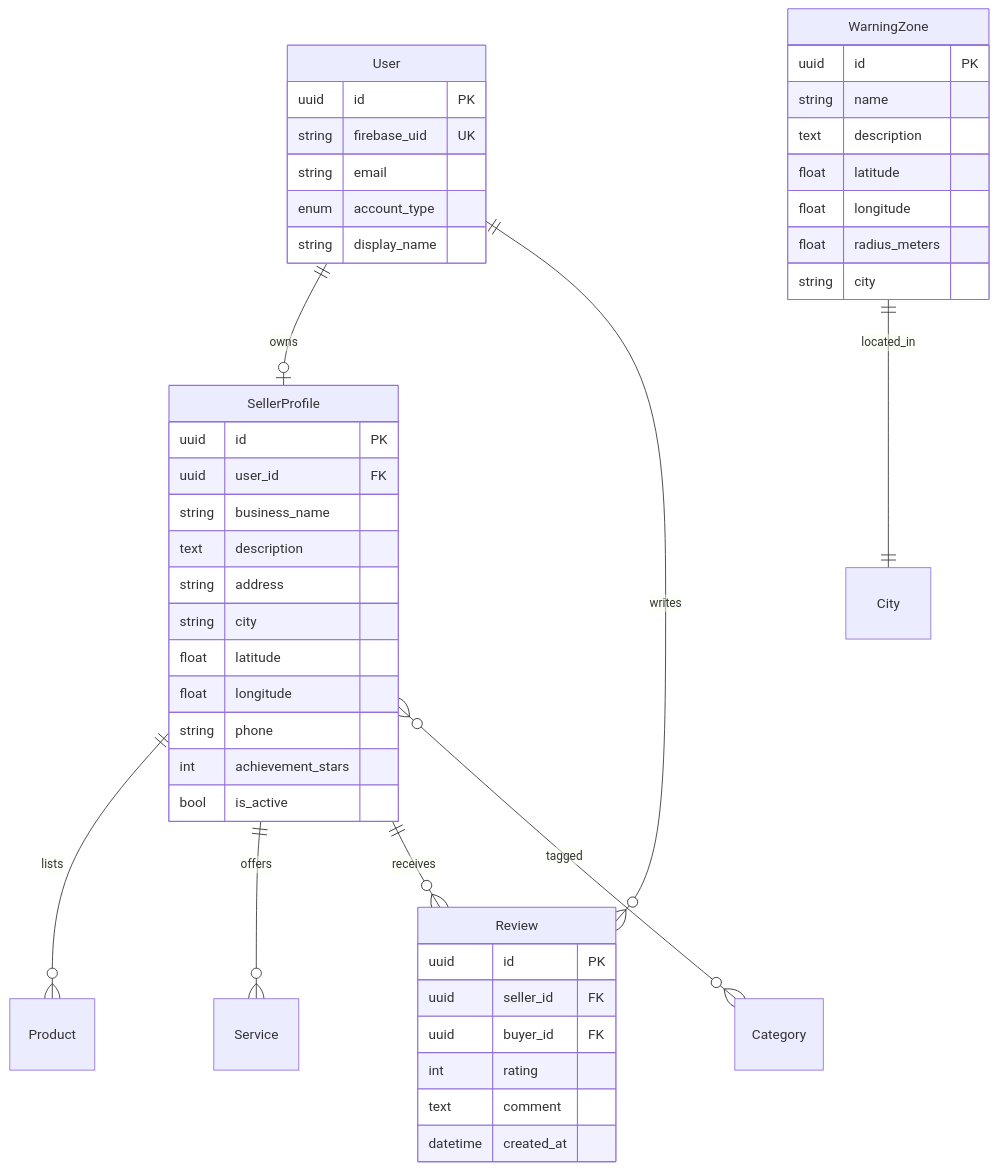
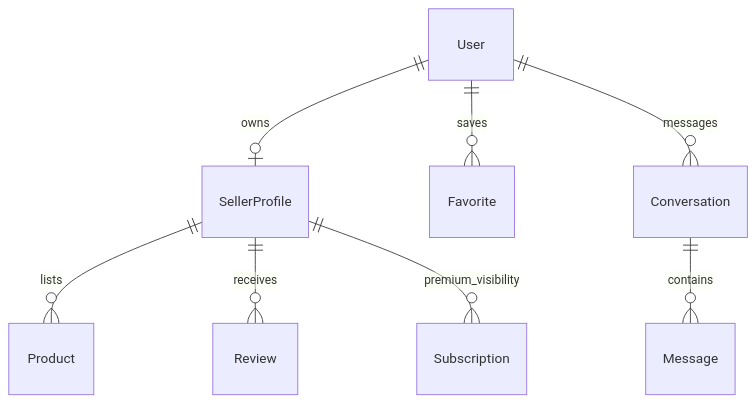
One commit to slayqueearikma-beep/margem changed the second of 2 diagrams in souq-local/docs/architecture.md. Above: the diagram before and after it, drawn with Mermaid. The commit also changed other lines of this file and 28 other files, not shown here.

````diff
--- a/souq-local/docs/architecture.md
+++ b/souq-local/docs/architecture.md
@@ -36,51 +35,10 @@
 ```mermaid
 erDiagram
     User ||--o| SellerProfile : owns
     SellerProfile ||--o{ Product : lists
-    SellerProfile ||--o{ Service : offers
     SellerProfile ||--o{ Review : receives
-    User ||--o{ Review : writes
-    SellerProfile }o--o{ Category : tagged
-    WarningZone ||--|| City : located_in
-
-    User {
-        uuid id PK
-        string firebase_uid UK
-        string email
-        enum account_type
-        string display_name
-    }
-
-    SellerProfile {
-        uuid id PK
-        uuid user_id FK
-        string business_name
-        text description
-        string address
-        string city
-        float latitude
-        float longitude
-        string phone
-        int achievement_stars
-        bool is_active
-    }
-
-    Review {
-        uuid id PK
-        uuid seller_id FK
-        uuid buyer_id FK
-        int rating
-        text comment
-        datetime created_at
-    }
-
-    WarningZone {
-        uuid id PK
-        string name
-        text description
-        float latitude
-        float longitude
-        float radius_meters
-        string city
-    }
+    User ||--o{ Favorite : saves
+    User ||--o{ Conversation : messages
+    Conversation ||--o{ Message : contains
+    SellerProfile ||--o{ Subscription : premium_visibility
 ```
````
